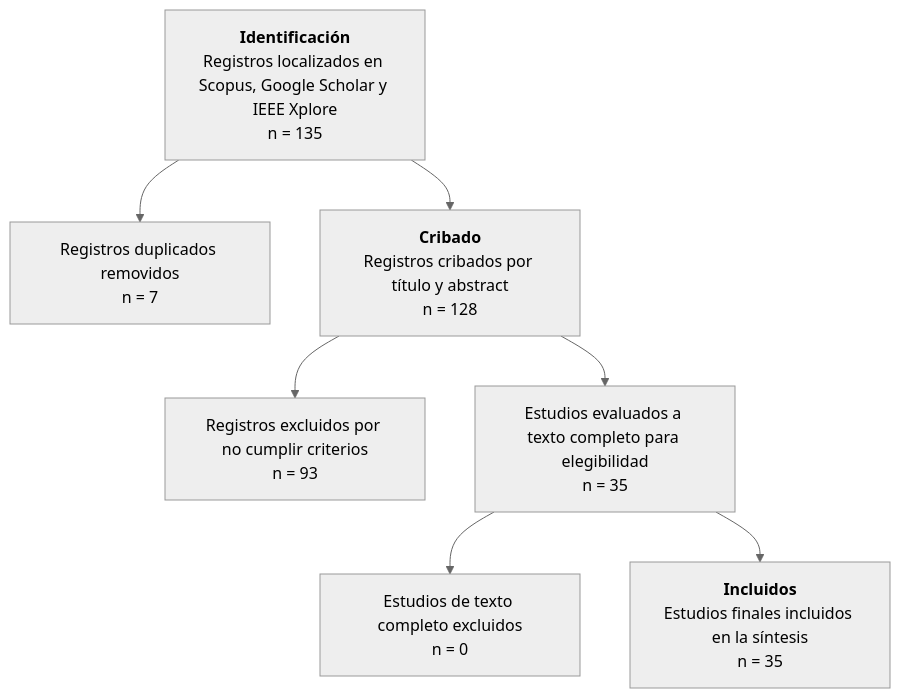
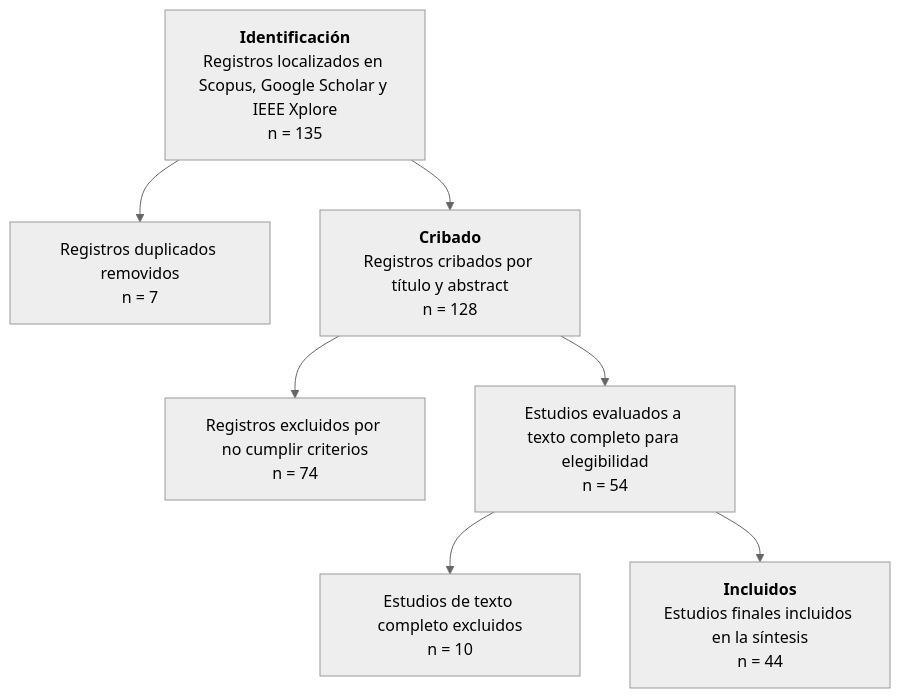
Before and after one commit to JkVely/SLR-Green-Software-Colombia: the diagram in 04-Borrador.md, drawn with Mermaid (neutral theme). The commit also changed other lines of this file and 2 other files, not shown here.

Commit message:
feat(matriz): sincronizar flujo PRISMA, matriz 44 estudios y borrador con decisiones finales

````diff
--- a/04-Borrador.md
+++ b/04-Borrador.md
@@ -109,9 +118,9 @@
 ```mermaid
 graph TD
     A[<b>Identificación</b><br/>Registros localizados en Scopus, Google Scholar y IEEE Xplore<br/>n = 135] --> B[Registros duplicados removidos<br/>n = 7]
     A --> C[<b>Cribado</b><br/>Registros cribados por título y abstract<br/>n = 128]
-    C --> D[Registros excluidos por no cumplir criterios<br/>n = 93]
-    C --> E[Estudios evaluados a texto completo para elegibilidad<br/>n = 35]
-    E --> F[Estudios de texto completo excluidos<br/>n = 0]
-    E --> G[<b>Incluidos</b><br/>Estudios finales incluidos en la síntesis<br/>n = 35]
+    C --> D[Registros excluidos por no cumplir criterios<br/>n = 74]
+    C --> E[Estudios evaluados a texto completo para elegibilidad<br/>n = 54]
+    E --> F[Estudios de texto completo excluidos<br/>n = 10]
+    E --> G[<b>Incluidos</b><br/>Estudios finales incluidos en la síntesis<br/>n = 44]
 ```
````
